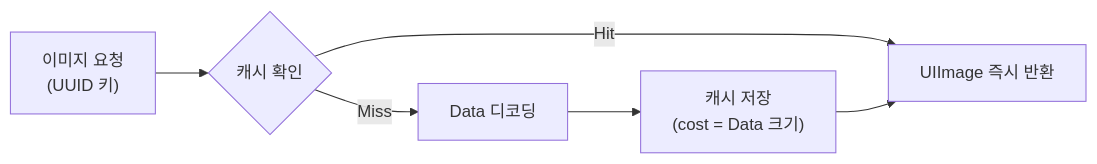
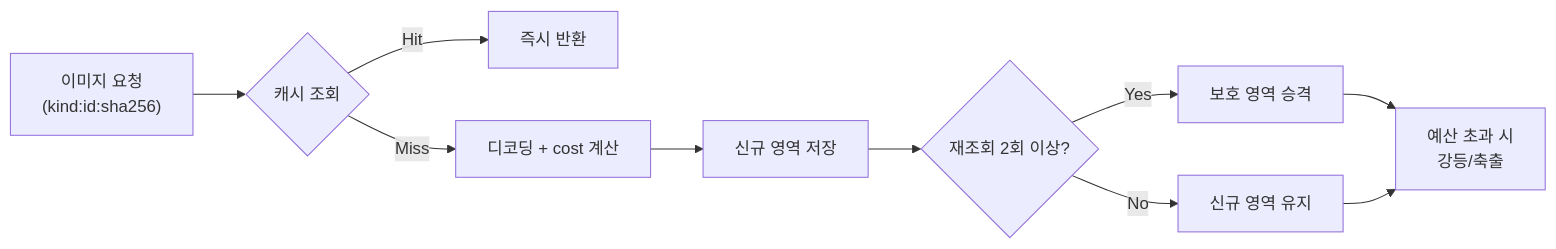
Before and after one commit to ParkSY0919/BreadStamp: the second of 3 diagrams in README.md, drawn with Mermaid. The commit also changed other lines of this file, not shown here.

````diff
--- a/README.md
+++ b/README.md
@@ -75,6 +76,11 @@
 ```mermaid
 flowchart LR
-    A["이미지 요청\n(UUID 키)"] --> B{"캐시 확인"}
-    B -->|"Hit"| C["UIImage 즉시 반환"]
-    B -->|"Miss"| D["Data 디코딩"] --> E["캐시 저장\n(cost = Data 크기)"] --> C
+    A["이미지 요청\n(kind:id:sha256)"] --> B{"캐시 조회"}
+    B -->|"Hit"| C["즉시 반환"]
+    B -->|"Miss"| D["디코딩 + cost 계산"] --> E["신규 영역 저장"]
+    E --> F{"재조회 2회 이상?"}
+    F -->|"Yes"| G["보호 영역 승격"]
+    F -->|"No"| H["신규 영역 유지"]
+    G --> I["예산 초과 시\n강등/축출"]
+    H --> I
 ```
````
